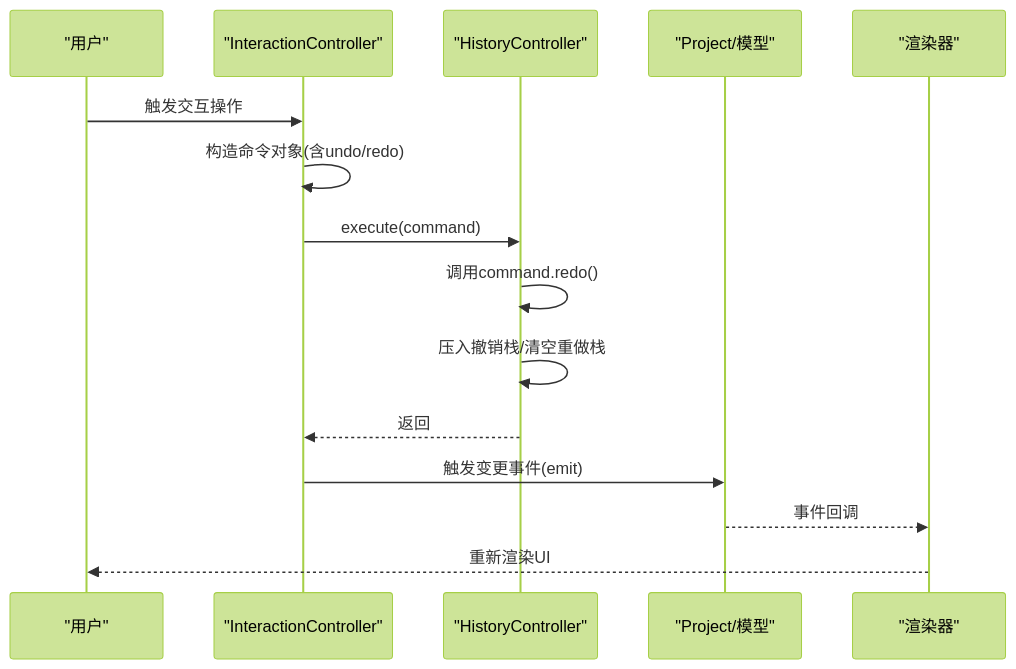
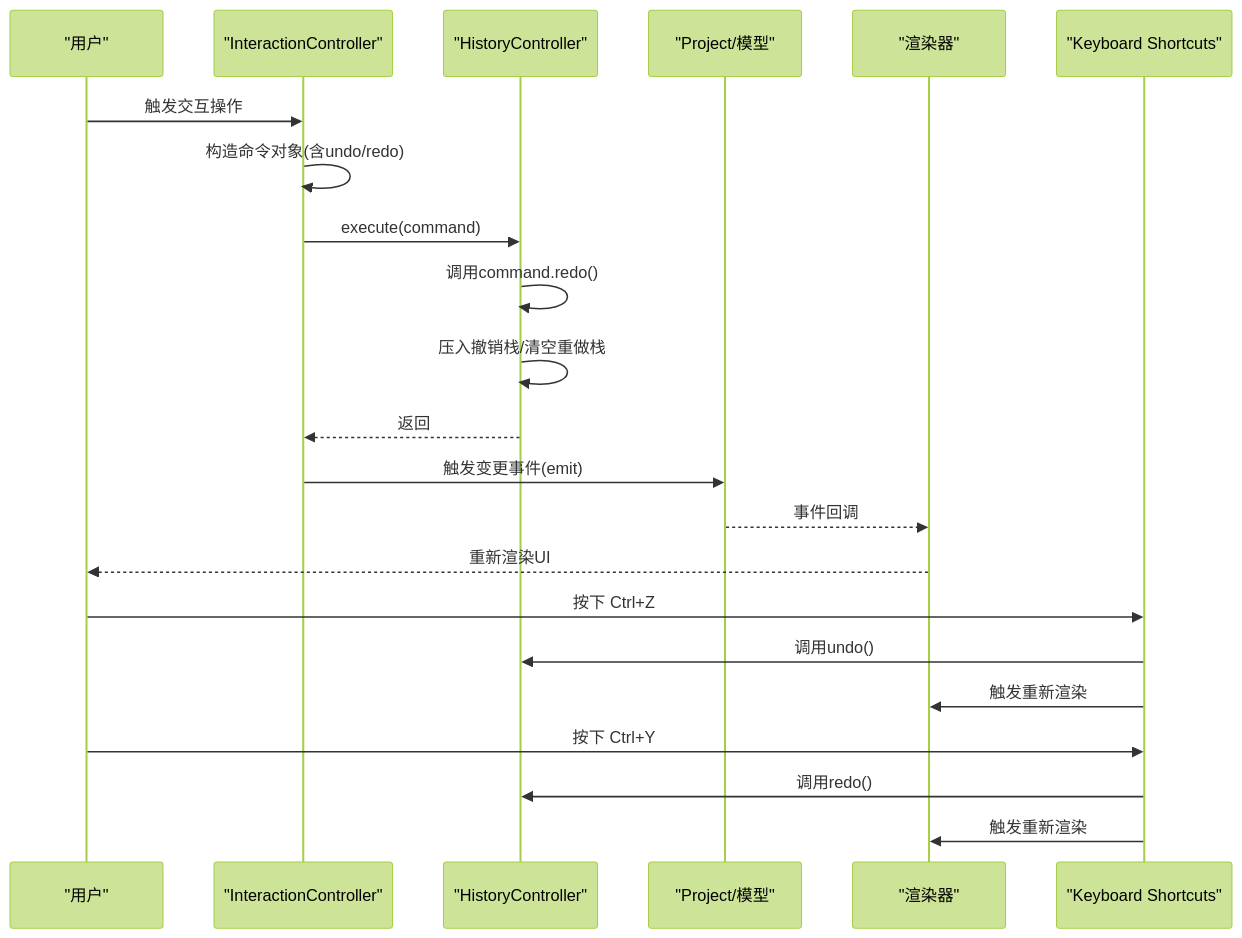
One commit to nht123456/waveform-editor changed the second of 8 diagrams in .qoder/repowiki/zh/content/交互控制系统/历史撤销重做.md. Above: the diagram before and after it, drawn with Mermaid (forest theme). The commit also changed other lines of this file and 12 other files, not shown here.

````diff
--- a/.qoder/repowiki/zh/content/交互控制系统/历史撤销重做.md
+++ b/.qoder/repowiki/zh/content/交互控制系统/历史撤销重做.md
@@ -107,17 +128,24 @@
 ```mermaid
 sequenceDiagram
 participant U as "用户"
 participant IC as "InteractionController"
 participant HC as "HistoryController"
 participant PJ as "Project/模型"
 participant R as "渲染器"
+participant KS as "Keyboard Shortcuts"
 U->>IC : 触发交互操作
 IC->>IC : 构造命令对象(含undo/redo)
 IC->>HC : execute(command)
 HC->>HC : 调用command.redo()
 HC->>HC : 压入撤销栈/清空重做栈
 HC-->>IC : 返回
 IC->>PJ : 触发变更事件(emit)
 PJ-->>R : 事件回调
 R-->>U : 重新渲染UI
+U->>KS : 按下 Ctrl+Z
+KS->>HC : 调用undo()
+KS->>R : 触发重新渲染
+U->>KS : 按下 Ctrl+Y
+KS->>HC : 调用redo()
+KS->>R : 触发重新渲染
 ```
````
